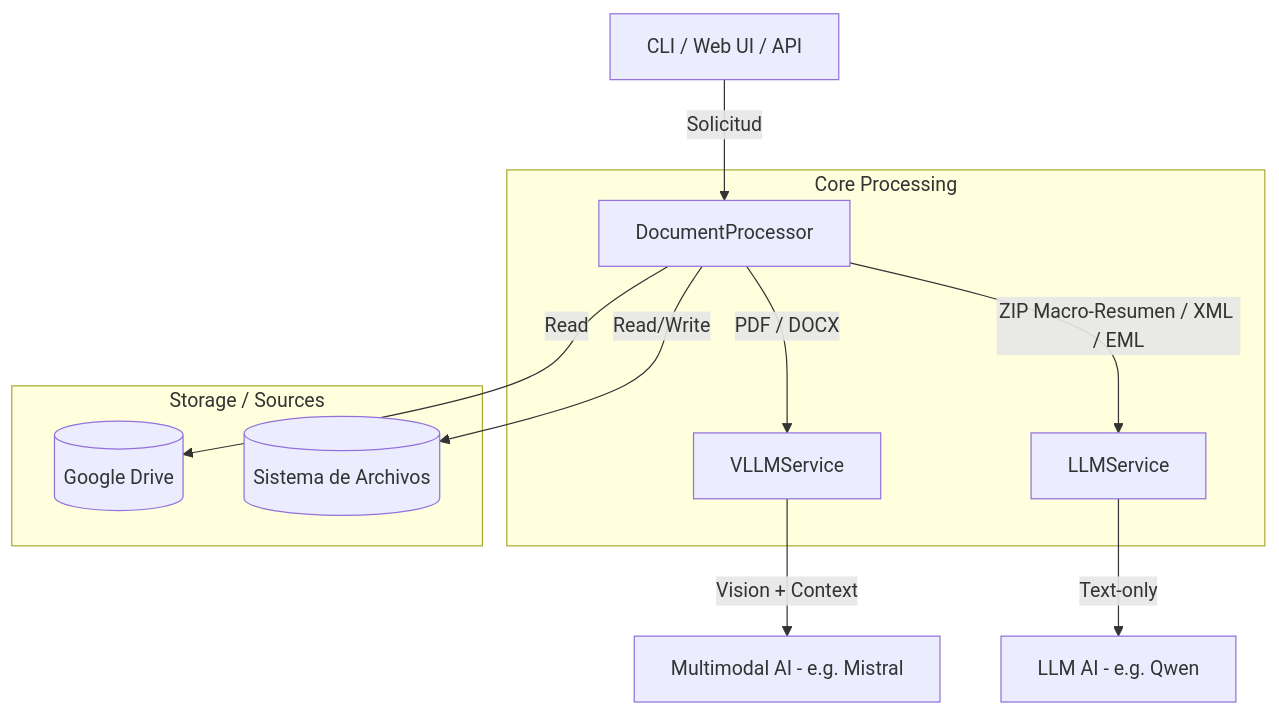
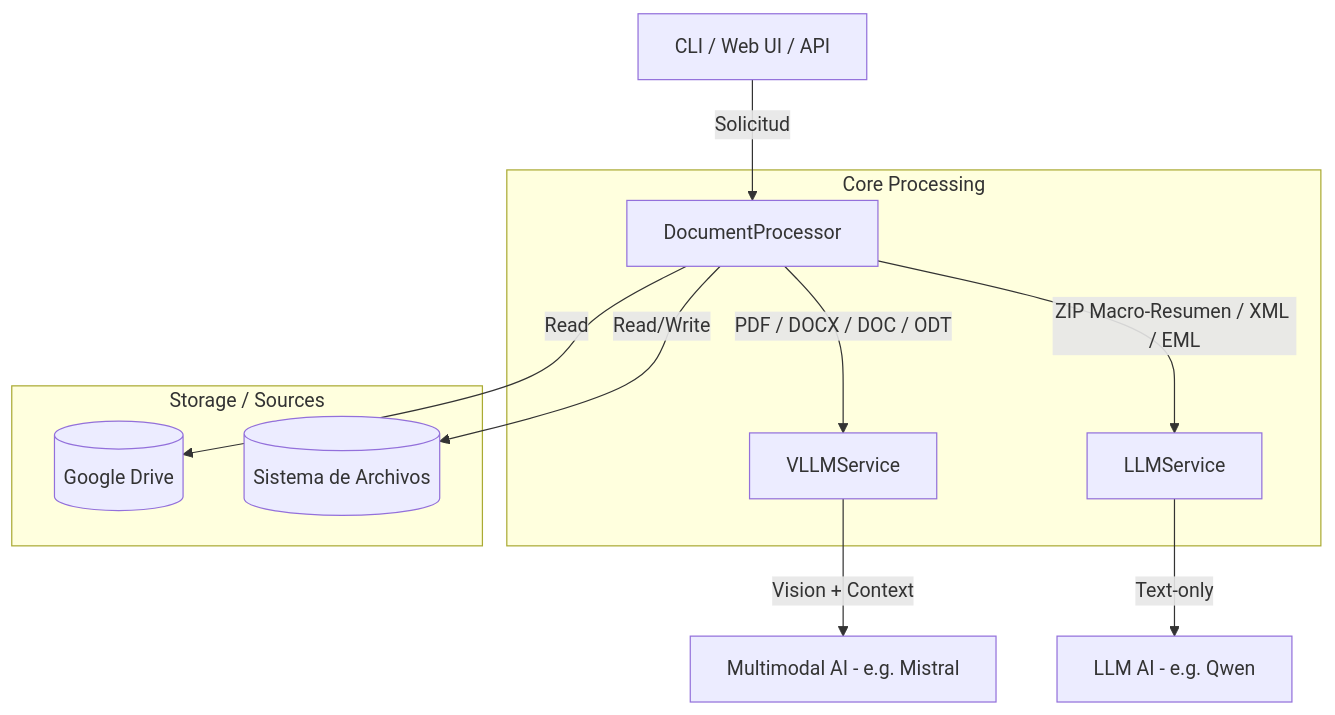
The diagram in README.md (alejandro-garnung-ctic/summarizer), drawn with Mermaid before and after one commit. The commit also changed other lines of this file and 4 other files, not shown here.

First line of the commit message:
- Added processing of ODT and DOC files the same as DOCX

````diff
--- a/README.md
+++ b/README.md
@@ -21,17 +21,17 @@
 ```mermaid
 graph TD
     Client[CLI / Web UI / API] -->|Solicitud| Processor[DocumentProcessor]
     
     subgraph "Core Processing"
-    Processor -->|PDF / DOCX| VLLM[VLLMService]
+    Processor -->|PDF / DOCX / DOC / ODT| VLLM[VLLMService]
     Processor -->|ZIP Macro-Resumen / XML / EML| LLM[LLMService]
     end
     
     VLLM -->|Vision + Context| AI[Multimodal AI - e.g. Mistral]
     LLM -->|Text-only| AI_Text[LLM AI - e.g. Qwen]
     
     subgraph "Storage / Sources"
     Processor -->|Read| GDrive[(Google Drive)]
     Processor -->|Read/Write| Local[(Sistema de Archivos)]
     end
 ```
````
